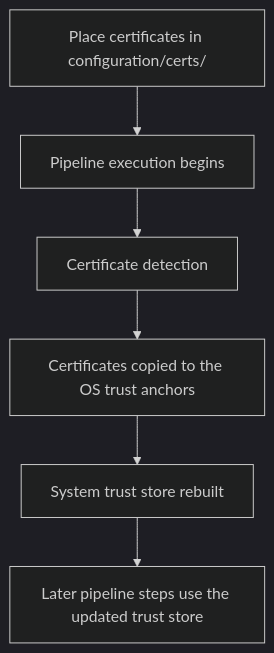
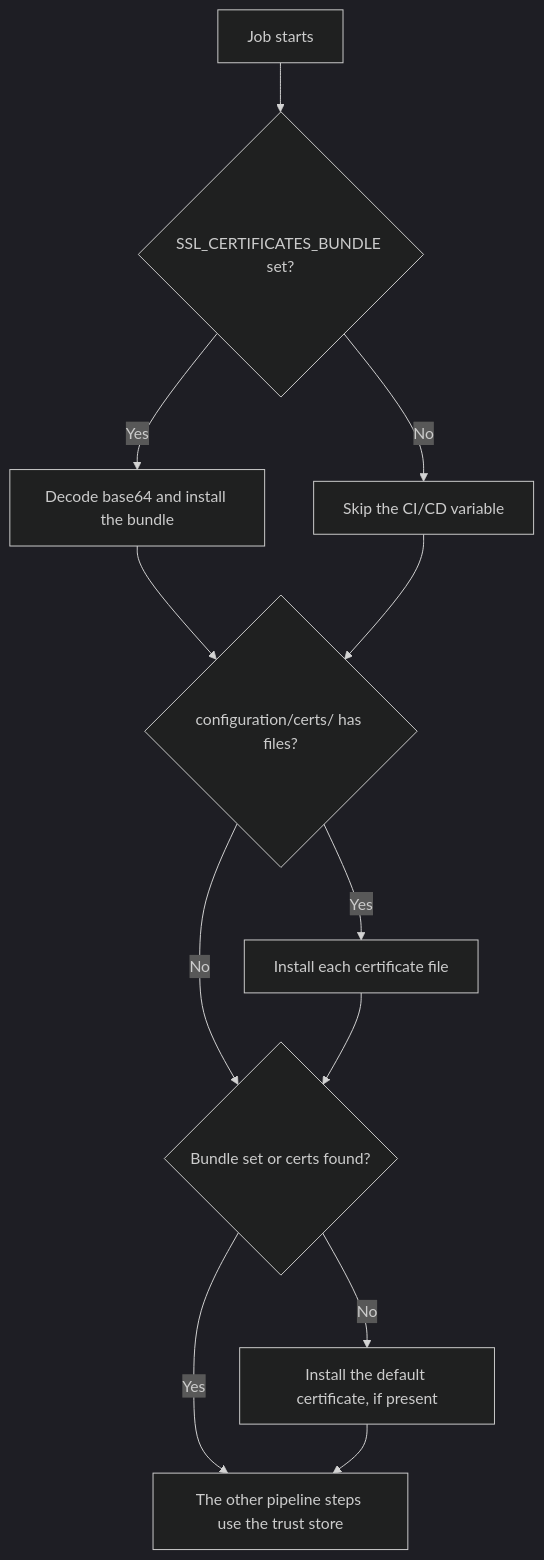
One commit to Netcracker/qubership-envgene changed the diagram in docs/features/system-certificate.md. Above: the diagram before and after it, drawn with Mermaid (dark theme). The commit also changed other lines of this file and 2 other files, not shown here.

First line of the commit message:
docs: refine system certificate docs and document SSL_CERTIFICATES_BUNDLE

````diff
--- a/docs/features/system-certificate.md
+++ b/docs/features/system-certificate.md
@@ -47,8 +55,14 @@
 ```mermaid
 flowchart TD
-    A[Place certificates in configuration/certs/] --> B[Pipeline execution begins]
-    B --> C[Certificate detection]
-    C --> D[Certificates copied to the OS trust anchors]
-    D --> E[System trust store rebuilt]
-    E --> F[Later pipeline steps use the updated trust store]
+    A[Job starts] --> B{SSL_CERTIFICATES_BUNDLE set?}
+    B -->|Yes| C[Decode base64 and install the bundle]
+    B -->|No| D[Skip the CI/CD variable]
+    C --> E{configuration/certs/ has files?}
+    D --> E
+    E -->|Yes| F[Install each certificate file]
+    E -->|No| G{Bundle set or certs found?}
+    F --> G
+    G -->|No| H[Install the default certificate, if present]
+    G -->|Yes| J[The other pipeline steps use the trust store]
+    H --> J
 ```
````
